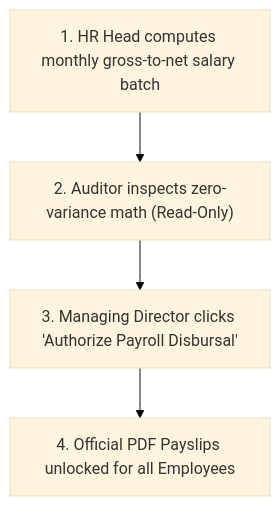
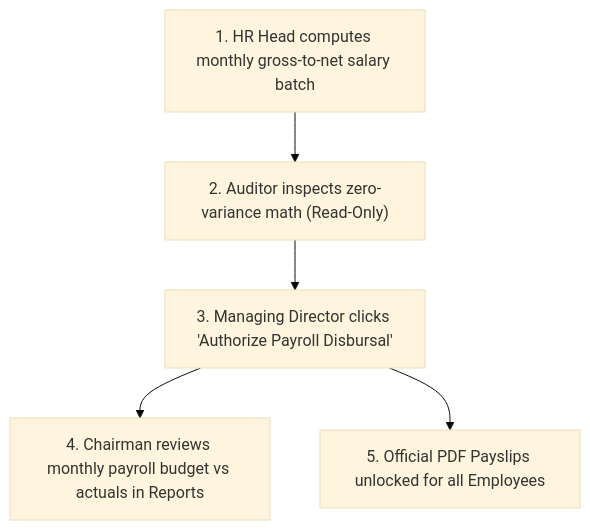
The fifth of 10 diagrams in docs/PHASE_TESTING_GUIDE.md (ViruzVerse-Solutions/hrms), drawn with Mermaid (base theme) before and after one commit. The commit also changed other lines of this file, not shown here.

````diff
--- a/docs/PHASE_TESTING_GUIDE.md
+++ b/docs/PHASE_TESTING_GUIDE.md
@@ -180,6 +191,7 @@
 ```mermaid
 flowchart TD
     Calc["1. HR Head computes monthly gross-to-net salary batch"] --> Audit["2. Auditor inspects zero-variance math (Read-Only)"]
     Audit --> Auth["3. Managing Director clicks 'Authorize Payroll Disbursal'"]
-    Auth --> Payslip["4. Official PDF Payslips unlocked for all Employees"]
+    Auth --> Board["4. Chairman reviews monthly payroll budget vs actuals in Reports"]
+    Auth --> Payslip["5. Official PDF Payslips unlocked for all Employees"]
 ```
````
